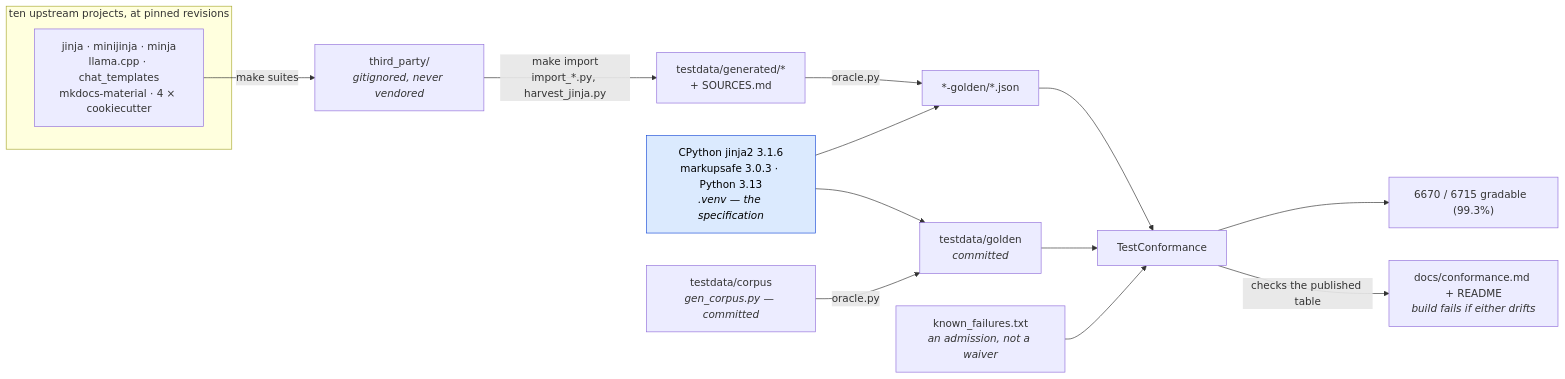
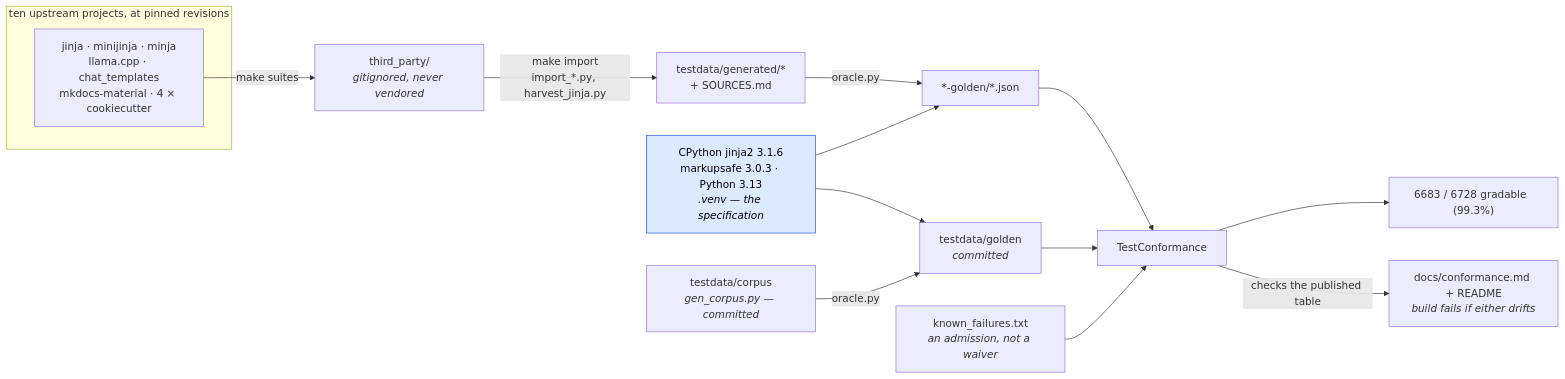
The first of 2 diagrams in docs/conformance.md (mgilbir/gojja2), drawn with Mermaid before and after one commit. The commit also changed other lines of this file and 43 other files, not shown here.

````diff
--- a/docs/conformance.md
+++ b/docs/conformance.md
@@ -17,24 +17,24 @@
 ```mermaid
 flowchart LR
     subgraph up["ten upstream projects, at pinned revisions"]
         U1["jinja · minijinja · minja<br/>llama.cpp · chat_templates<br/>mkdocs-material · 4 × cookiecutter"]
     end
     U1 -->|"make suites"| TP["third_party/<br/><i>gitignored, never vendored</i>"]
     TP -->|"make import<br/>import_*.py, harvest_jinja.py"| GEN["testdata/generated/*<br/>+ SOURCES.md"]
 
     ORA["CPython jinja2 3.1.6<br/>markupsafe 3.0.3 · Python 3.13<br/><i>.venv — the specification</i>"]
     GEN -->|"oracle.py"| G2["*-golden/*.json"]
     ORA --> G2
 
     OWN["testdata/corpus<br/><i>gen_corpus.py — committed</i>"] -->|"oracle.py"| G1["testdata/golden<br/><i>committed</i>"]
     ORA --> G1
 
     G1 --> TC["TestConformance"]
     G2 --> TC
     KF["known_failures.txt<br/><i>an admission, not a waiver</i>"] --> TC
-    TC --> RATE["6670 / 6715 gradable  (99.3%)"]
+    TC --> RATE["6683 / 6728 gradable  (99.3%)"]
     TC -->|"checks the published table"| RM["docs/conformance.md + README<br/><i>build fails if either drifts</i>"]
 
     classDef spec fill:#dbeafe,stroke:#1d4ed8,color:#000
     class ORA spec
 ```
````
